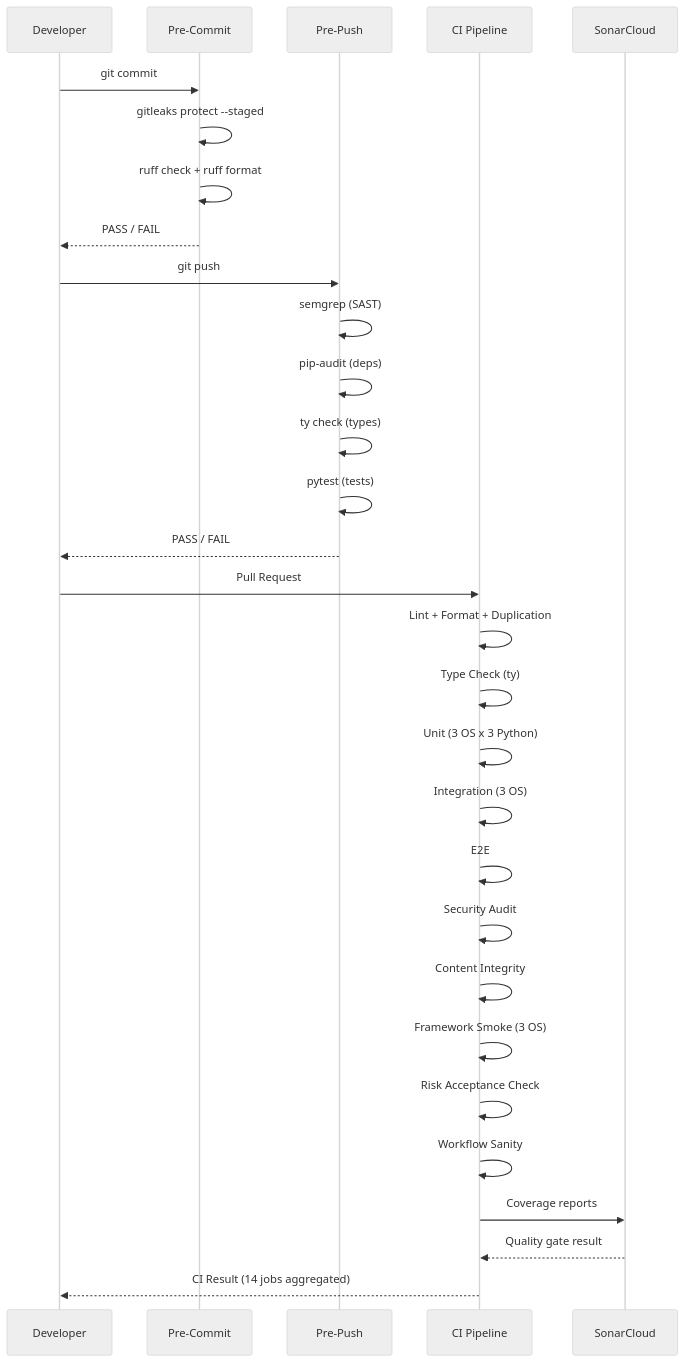
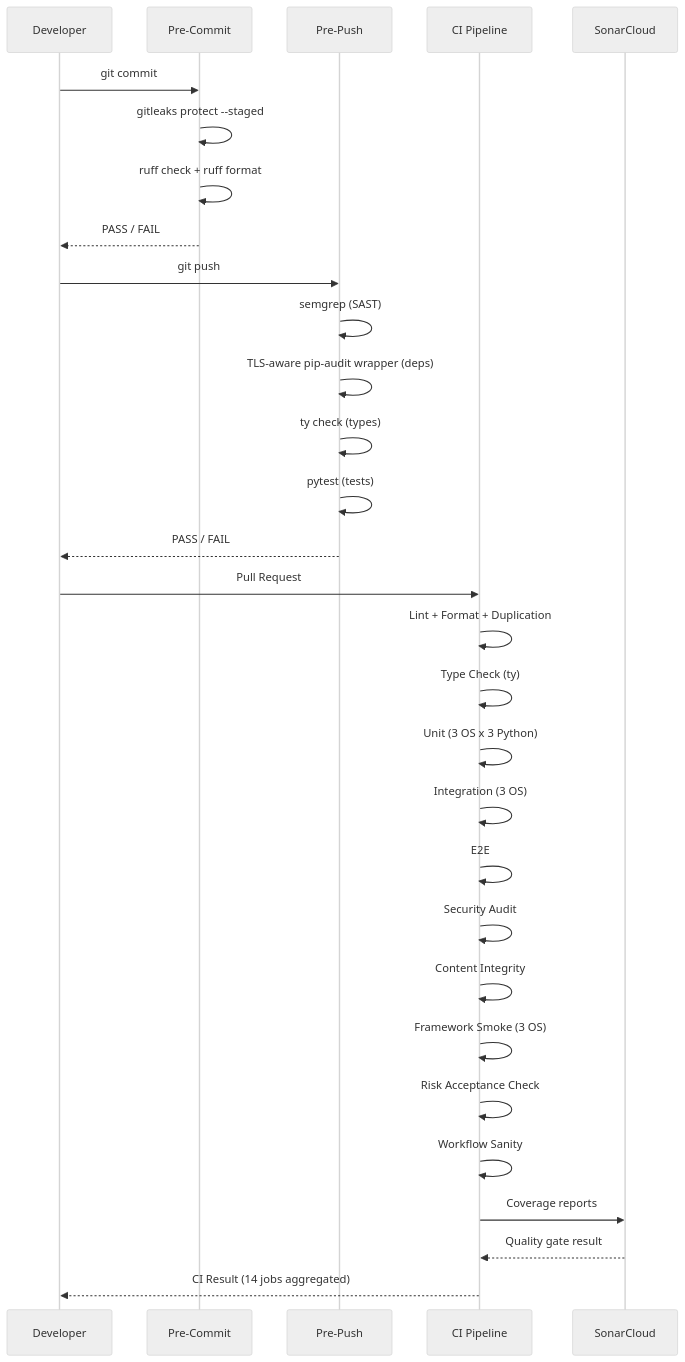
Before and after one commit to arcasilesgroup/ai-engineering: the tenth of 10 diagrams in docs/solution-intent.md, drawn with Mermaid (neutral theme). The commit also changed other lines of this file and 77 other files, not shown here.

````diff
--- a/docs/solution-intent.md
+++ b/docs/solution-intent.md
@@ -557,35 +566,35 @@
 ```mermaid
 sequenceDiagram
     participant Dev as Developer
     participant PreCommit as Pre-Commit
     participant PrePush as Pre-Push
     participant CI as CI Pipeline
     participant Sonar as SonarCloud
 
     Dev->>PreCommit: git commit
     PreCommit->>PreCommit: gitleaks protect --staged
     PreCommit->>PreCommit: ruff check + ruff format
     PreCommit-->>Dev: PASS / FAIL
 
     Dev->>PrePush: git push
     PrePush->>PrePush: semgrep (SAST)
-    PrePush->>PrePush: pip-audit (deps)
+    PrePush->>PrePush: TLS-aware pip-audit wrapper (deps)
     PrePush->>PrePush: ty check (types)
     PrePush->>PrePush: pytest (tests)
     PrePush-->>Dev: PASS / FAIL
 
     Dev->>CI: Pull Request
     CI->>CI: Lint + Format + Duplication
     CI->>CI: Type Check (ty)
     CI->>CI: Unit (3 OS x 3 Python)
     CI->>CI: Integration (3 OS)
     CI->>CI: E2E
     CI->>CI: Security Audit
     CI->>CI: Content Integrity
     CI->>CI: Framework Smoke (3 OS)
     CI->>CI: Risk Acceptance Check
     CI->>CI: Workflow Sanity
     CI->>Sonar: Coverage reports
     Sonar-->>CI: Quality gate result
     CI-->>Dev: CI Result (14 jobs aggregated)
 ```
````
